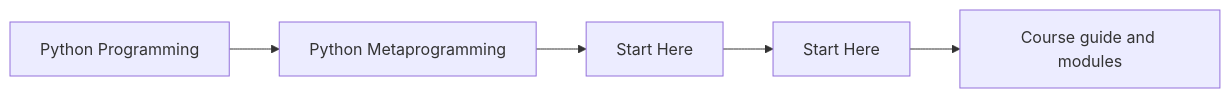
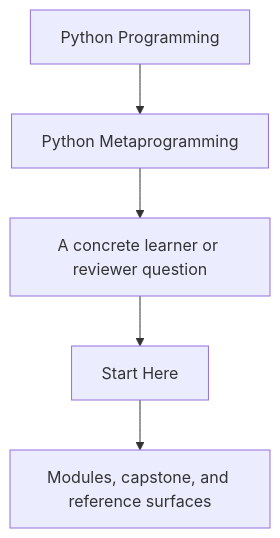
One commit to bijux/bijux-masterclass changed the first of 2 diagrams in programs/python-programming/python-meta-programming/course-book/guides/start-here.md. Above: the diagram before and after it, drawn with Mermaid. The commit also changed other lines of this file and 3 other files, not shown here.

Commit message:
docs(python-meta-programming): reframe course-book entry diagrams

````diff
--- a/programs/python-programming/python-meta-programming/course-book/guides/start-here.md
+++ b/programs/python-programming/python-meta-programming/course-book/guides/start-here.md
@@ -6,10 +6,7 @@
 ```mermaid
-graph LR
-  family["Python Programming"]
-  program["Python Metaprogramming"]
-  section["Start Here"]
-  page["Start Here"]
-  route["Course guide and modules"]
-
-  family --> program --> section --> page --> route
+flowchart TD
+  family["Python Programming"] --> program["Python Metaprogramming"]
+  program --> pressure["A concrete learner or reviewer question"]
+  pressure --> guide["Start Here"]
+  guide --> next["Modules, capstone, and reference surfaces"]
 ```
````
